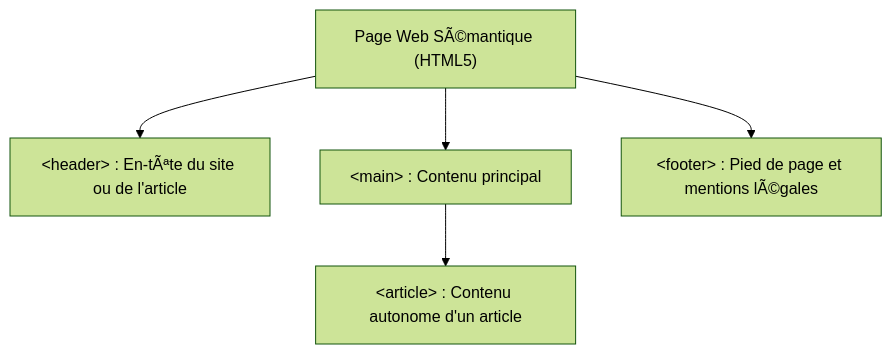
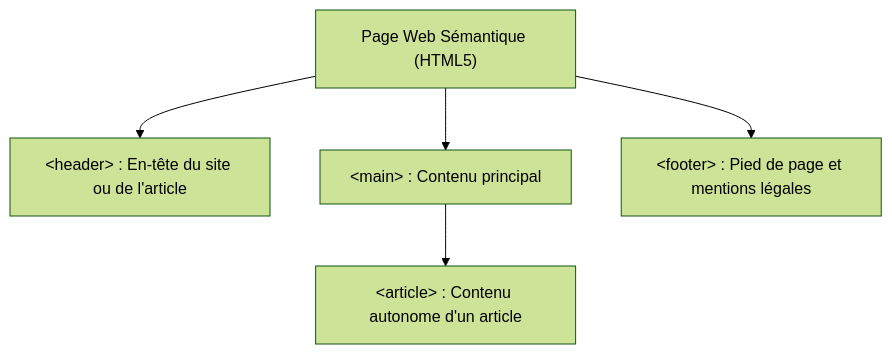
The diagram in _tutos/D.161.1.veille-tech/UA.161.11/T.161.115/veille-bases-html5-css3.normal.md (solicode-web-mobile/autoformations-web), drawn with Mermaid (forest theme) before and after one commit. The commit also changed other lines of this file and 25 other files, not shown here.

````diff
--- a/_tutos/D.161.1.veille-tech/UA.161.11/T.161.115/veille-bases-html5-css3.normal.md
+++ b/_tutos/D.161.1.veille-tech/UA.161.11/T.161.115/veille-bases-html5-css3.normal.md
@@ -48,7 +48,7 @@
 ```mermaid
 flowchart TD
-    Page["Page Web SÃ©mantique (HTML5)"] --> H["&lt;header&gt; : En-tÃªte du site ou de l'article"]
+    Page["Page Web Sémantique (HTML5)"] --> H["&lt;header&gt; : En-tête du site ou de l'article"]
     Page --> M["&lt;main&gt; : Contenu principal"]
     M --> A["&lt;article&gt; : Contenu autonome d'un article"]
-    Page --> F["&lt;footer&gt; : Pied de page et mentions lÃ©gales"]
+    Page --> F["&lt;footer&gt; : Pied de page et mentions légales"]
 ```
````
